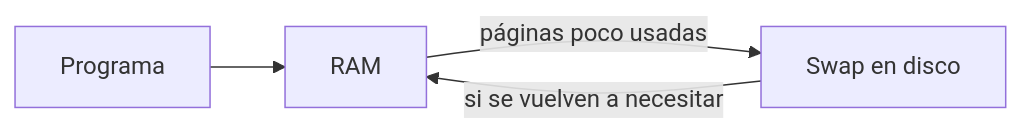
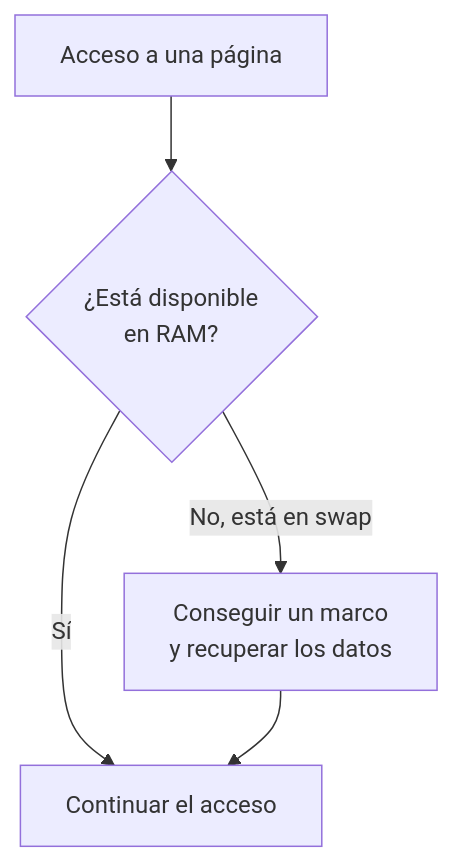
The diagram in src/content/es/articles/swap-y-memoria-ram.mdx (nbfrodri/devly), drawn with Mermaid before and after one commit. The commit also changed other lines of this file and 142 other files, not shown here.

````diff
--- a/src/content/es/articles/swap-y-memoria-ram.mdx
+++ b/src/content/es/articles/swap-y-memoria-ram.mdx
@@ -36,6 +45,7 @@
 ```mermaid
-flowchart LR
-	P["Programa"] --> R["RAM"]
-	R -- "páginas poco usadas" --> S["Swap en disco"]
-	S -- "si se vuelven a necesitar" --> R
+flowchart TD
+	P["Acceso a una página"] --> R{"¿Está disponible<br/>en RAM?"}
+	R -- "Sí" --> U["Continuar el acceso"]
+	R -- "No, está en swap" --> F["Conseguir un marco<br/>y recuperar los datos"]
+	F --> U
 ```
````
